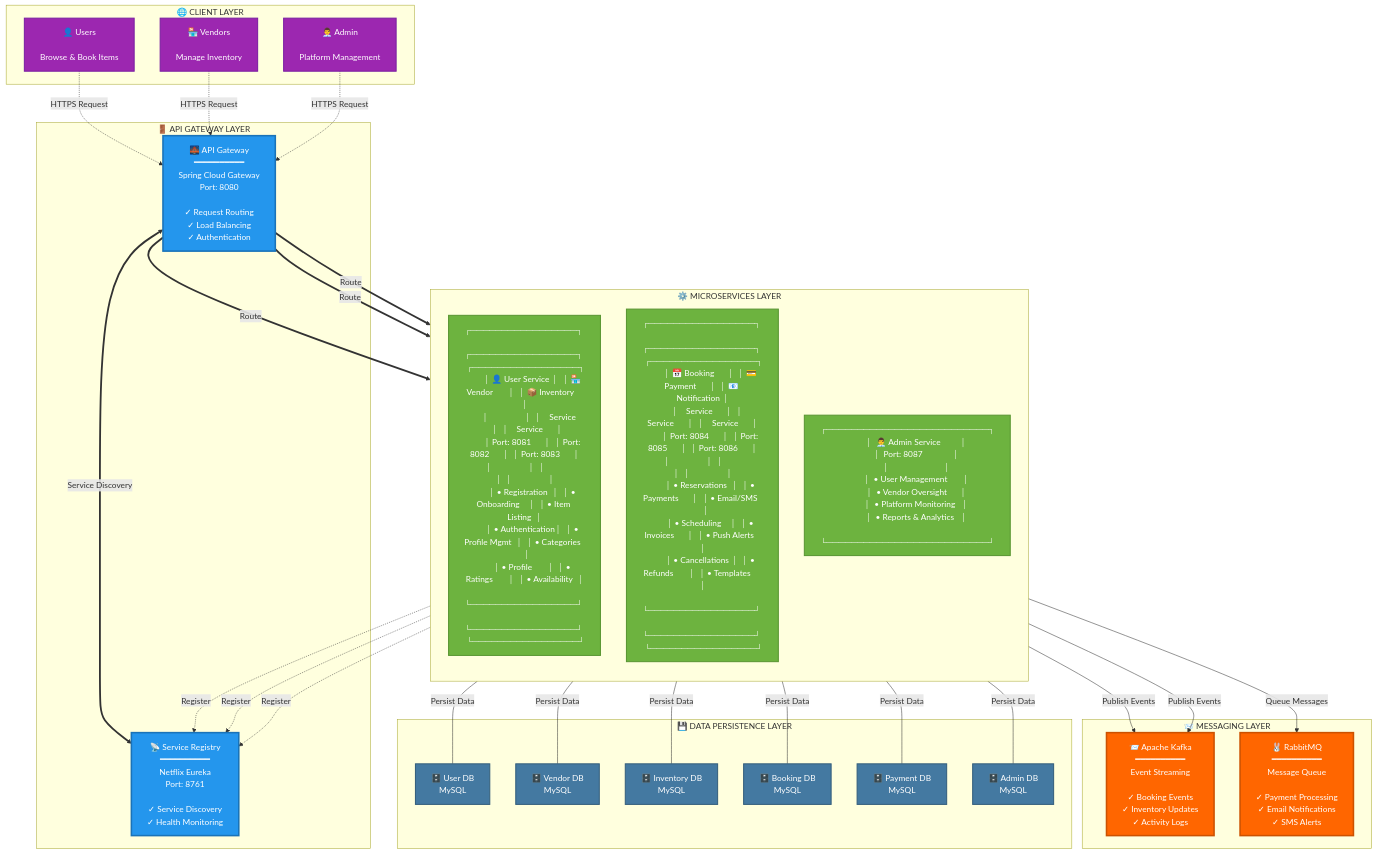
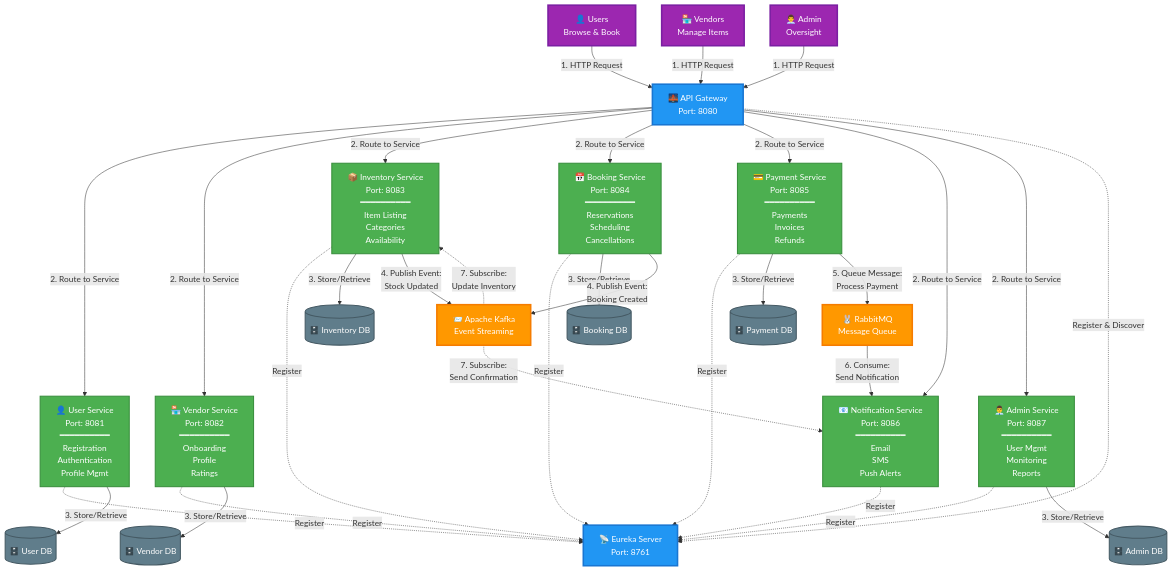
Before and after one commit to surajktdev/RentFlex---Public: the diagram in README.md, drawn with Mermaid. The commit also changed other lines of this file, not shown here.

````diff
--- a/README.md
+++ b/README.md
@@ -142,110 +142,95 @@
 ```mermaid
 graph TB
-    subgraph Client["🌐 CLIENT LAYER"]
-        User["👤 Users<br/><br/>Browse & Book Items"]
-        Vendor["🏪 Vendors<br/><br/>Manage Inventory"]
-        Admin["👨‍💼 Admin<br/><br/>Platform Management"]
-    end
+    %% Client Layer
+    User["👤 Users<br/>Browse & Book"]
+    Vendor["🏪 Vendors<br/>Manage Items"]
+    Admin["👨‍💼 Admin<br/>Oversight"]
 
-    subgraph Gateway["🚪 API GATEWAY LAYER"]
-        APIGateway["🌉 API Gateway<br/>━━━━━━━━━━<br/>Spring Cloud Gateway<br/>Port: 8080<br/><br/>✓ Request Routing<br/>✓ Load Balancing<br/>✓ Authentication"]
-        Eureka["📡 Service Registry<br/>━━━━━━━━━━<br/>Netflix Eureka<br/>Port: 8761<br/><br/>✓ Service Discovery<br/>✓ Health Monitoring"]
-    end
+    %% Gateway
+    Gateway["🌉 API Gateway<br/>Port: 8080"]
+    Eureka["📡 Eureka Server<br/>Port: 8761"]
 
-    subgraph Services["⚙️ MICROSERVICES LAYER"]
-        direction TB
-        Row1["
-        ┌─────────────────┐  ┌─────────────────┐  ┌─────────────────┐
-        │ 👤 User Service │  │ 🏪 Vendor       │  │ 📦 Inventory    │
-        │                 │  │    Service      │  │    Service      │
-        │ Port: 8081      │  │ Port: 8082      │  │ Port: 8083      │
-        │                 │  │                 │  │                 │
-        │ • Registration  │  │ • Onboarding    │  │ • Item Listing  │
-        │ • Authentication│  │ • Profile Mgmt  │  │ • Categories    │
-        │ • Profile       │  │ • Ratings       │  │ • Availability  │
-        └─────────────────┘  └─────────────────┘  └─────────────────┘
-        "]
-        
-        Row2["
-        ┌─────────────────┐  ┌─────────────────┐  ┌─────────────────┐
-        │ 📅 Booking      │  │ 💳 Payment      │  │ 📧 Notification │
-        │    Service      │  │    Service      │  │    Service      │
-        │ Port: 8084      │  │ Port: 8085      │  │ Port: 8086      │
-        │                 │  │                 │  │                 │
-        │ • Reservations  │  │ • Payments      │  │ • Email/SMS     │
-        │ • Scheduling    │  │ • Invoices      │  │ • Push Alerts   │
-        │ • Cancellations │  │ • Refunds       │  │ • Templates     │
-        └─────────────────┘  └─────────────────┘  └─────────────────┘
-        "]
-        
-        AdminService["
-        ┌──────────────────────────┐
-        │  👨‍💼 Admin Service         │
-        │  Port: 8087              │
-        │                          │
-        │  • User Management       │
-        │  • Vendor Oversight      │
-        │  • Platform Monitoring   │
-        │  • Reports & Analytics   │
-        └──────────────────────────┘
-        "]
-    end
+    %% Microservices
+    UserSvc["👤 User Service<br/>Port: 8081<br/>━━━━━━━━━━<br/>Registration<br/>Authentication<br/>Profile Mgmt"]
+    
+    VendorSvc["🏪 Vendor Service<br/>Port: 8082<br/>━━━━━━━━━━<br/>Onboarding<br/>Profile<br/>Ratings"]
+    
+    InventorySvc["📦 Inventory Service<br/>Port: 8083<br/>━━━━━━━━━━<br/>Item Listing<br/>Categories<br/>Availability"]
+    
+    BookingSvc["📅 Booking Service<br/>Port: 8084<br/>━━━━━━━━━━<br/>Reservations<br/>Scheduling<br/>Cancellations"]
+    
+    PaymentSvc["💳 Payment Service<br/>Port: 8085<br/>━━━━━━━━━━<br/>Payments<br/>Invoices<br/>Refunds"]
+    
+    NotifySvc["📧 Notification Service<br/>Port: 8086<br/>━━━━━━━━━━<br/>Email<br/>SMS<br/>Push Alerts"]
+    
+    AdminSvc["👨‍💼 Admin Service<br/>Port: 8087<br/>━━━━━━━━━━<br/>User Mgmt<br/>Monitoring<br/>Reports"]
 
-    subgraph Messaging["📨 MESSAGING LAYER"]
-        Kafka["📨 Apache Kafka<br/>━━━━━━━━━━<br/>Event Streaming<br/><br/>✓ Booking Events<br/>✓ Inventory Updates<br/>✓ Activity Logs"]
-        RabbitMQ["🐰 RabbitMQ<br/>━━━━━━━━━━<br/>Message Queue<br/><br/>✓ Payment Processing<br/>✓ Email Notifications<br/>✓ SMS Alerts"]
-    end
+    %% Messaging
+    Kafka["📨 Apache Kafka<br/>Event Streaming"]
+    RabbitMQ["🐰 RabbitMQ<br/>Message Queue"]
 
-    subgraph Data["💾 DATA PERSISTENCE LAYER"]
-        DB1["🗄️ User DB<br/>MySQL"]
-        DB2["🗄️ Vendor DB<br/>MySQL"]
-        DB3["🗄️ Inventory DB<br/>MySQL"]
-        DB4["🗄️ Booking DB<br/>MySQL"]
-        DB5["🗄️ Payment DB<br/>MySQL"]
-        DB6["🗄️ Admin DB<br/>MySQL"]
-    end
+    %% Databases
+    UserDB[("🗄️ User DB")]
+    VendorDB[("🗄️ Vendor DB")]
+    InventoryDB[("🗄️ Inventory DB")]
+    BookingDB[("🗄️ Booking DB")]
+    PaymentDB[("🗄️ Payment DB")]
+    AdminDB[("🗄️ Admin DB")]
 
-    %% Client to Gateway
-    User -.->|HTTPS Request| APIGateway
-    Vendor -.->|HTTPS Request| APIGateway
-    Admin -.->|HTTPS Request| APIGateway
-
-    %% Gateway Layer
-    APIGateway <==>|Service Discovery| Eureka
+    %% Flow: Clients to Gateway
+    User -->|"1. HTTP Request"| Gateway
+    Vendor -->|"1. HTTP Request"| Gateway
+    Admin -->|"1. HTTP Request"| Gateway
 
     %% Gateway to Services
-    APIGateway ==>|Route| Row1
-    APIGateway ==>|Route| Row2
-    APIGateway ==>|Route| AdminService
+    Gateway -->|"2. Route to Service"| UserSvc
+    Gateway -->|"2. Route to Service"| VendorSvc
+    Gateway -->|"2. Route to Service"| InventorySvc
+    Gateway -->|"2. Route to Service"| BookingSvc
+    Gateway -->|"2. Route to Service"| PaymentSvc
+    Gateway -->|"2. Route to Service"| NotifySvc
+    Gateway -->|"2. Route to Service"| AdminSvc
 
-    %% Services to Eureka
-    Row1 -.->|Register| Eureka
-    Row2 -.->|Register| Eureka
-    AdminService -.->|Register| Eureka
+    %% Service Discovery
+    Gateway -.->|"Register & Discover"| Eureka
+    UserSvc -.->|"Register"| Eureka
+    VendorSvc -.->|"Register"| Eureka
+    InventorySvc -.->|"Register"| Eureka
+    BookingSvc -.->|"Register"| Eureka
+    PaymentSvc -.->|"Register"| Eureka
+    NotifySvc -.->|"Register"| Eureka
+    AdminSvc -.->|"Register"| Eureka
 
-    %% Services to Messaging
-    Row1 -->|Publish Events| Kafka
-    Row2 -->|Publish Events| Kafka
-    Row2 -->|Queue Messages| RabbitMQ
+    %% Services to Databases
+    UserSvc -->|"3. Store/Retrieve"| UserDB
+    VendorSvc -->|"3. Store/Retrieve"| VendorDB
+    InventorySvc -->|"3. Store/Retrieve"| InventoryDB
+    BookingSvc -->|"3. Store/Retrieve"| BookingDB
+    PaymentSvc -->|"3. Store/Retrieve"| PaymentDB
+    AdminSvc -->|"3. Store/Retrieve"| AdminDB
 
-    %% Services to Database
-    Row1 ---|Persist Data| DB1
-    Row1 ---|Persist Data| DB2
-    Row1 ---|Persist Data| DB3
-    Row2 ---|Persist Data| DB4
-    Row2 ---|Persist Data| DB5
-    AdminService ---|Persist Data| DB6
+    %% Event Publishing to Kafka
+    BookingSvc -->|"4. Publish Event:<br/>Booking Created"| Kafka
+    InventorySvc -->|"4. Publish Event:<br/>Stock Updated"| Kafka
+    
+    %% Message Queue
+    PaymentSvc -->|"5. Queue Message:<br/>Process Payment"| RabbitMQ
+    RabbitMQ -->|"6. Consume:<br/>Send Notification"| NotifySvc
+
+    %% Kafka Consumers
+    Kafka -.->|"7. Subscribe:<br/>Update Inventory"| InventorySvc
+    Kafka -.->|"7. Subscribe:<br/>Send Confirmation"| NotifySvc
 
     %% Styling
-    classDef gatewayStyle fill:#2496ED,stroke:#1a73b8,stroke-width:3px,color:#fff
-    classDef serviceStyle fill:#6DB33F,stroke:#5a9633,stroke-width:2px,color:#fff
-    classDef messagingStyle fill:#FF6600,stroke:#cc5200,stroke-width:3px,color:#fff
-    classDef databaseStyle fill:#4479A1,stroke:#355f7d,stroke-width:2px,color:#fff
-    classDef clientStyle fill:#9C27B0,stroke:#7B1FA2,stroke-width:2px,color:#fff
+    classDef clientStyle fill:#9C27B0,stroke:#7B1FA2,stroke-width:3px,color:#fff
+    classDef gatewayStyle fill:#2196F3,stroke:#1976D2,stroke-width:3px,color:#fff
+    classDef serviceStyle fill:#4CAF50,stroke:#388E3C,stroke-width:2px,color:#fff
+    classDef messageStyle fill:#FF9800,stroke:#F57C00,stroke-width:3px,color:#fff
+    classDef dbStyle fill:#607D8B,stroke:#455A64,stroke-width:2px,color:#fff
 
-    class APIGateway,Eureka gatewayStyle
-    class Row1,Row2,AdminService serviceStyle
-    class Kafka,RabbitMQ messagingStyle
-    class DB1,DB2,DB3,DB4,DB5,DB6 databaseStyle
     class User,Vendor,Admin clientStyle
+    class Gateway,Eureka gatewayStyle
+    class UserSvc,VendorSvc,InventorySvc,BookingSvc,PaymentSvc,NotifySvc,AdminSvc serviceStyle
+    class Kafka,RabbitMQ messageStyle
+    class UserDB,VendorDB,InventoryDB,BookingDB,PaymentDB,AdminDB dbStyle
 ```
````
